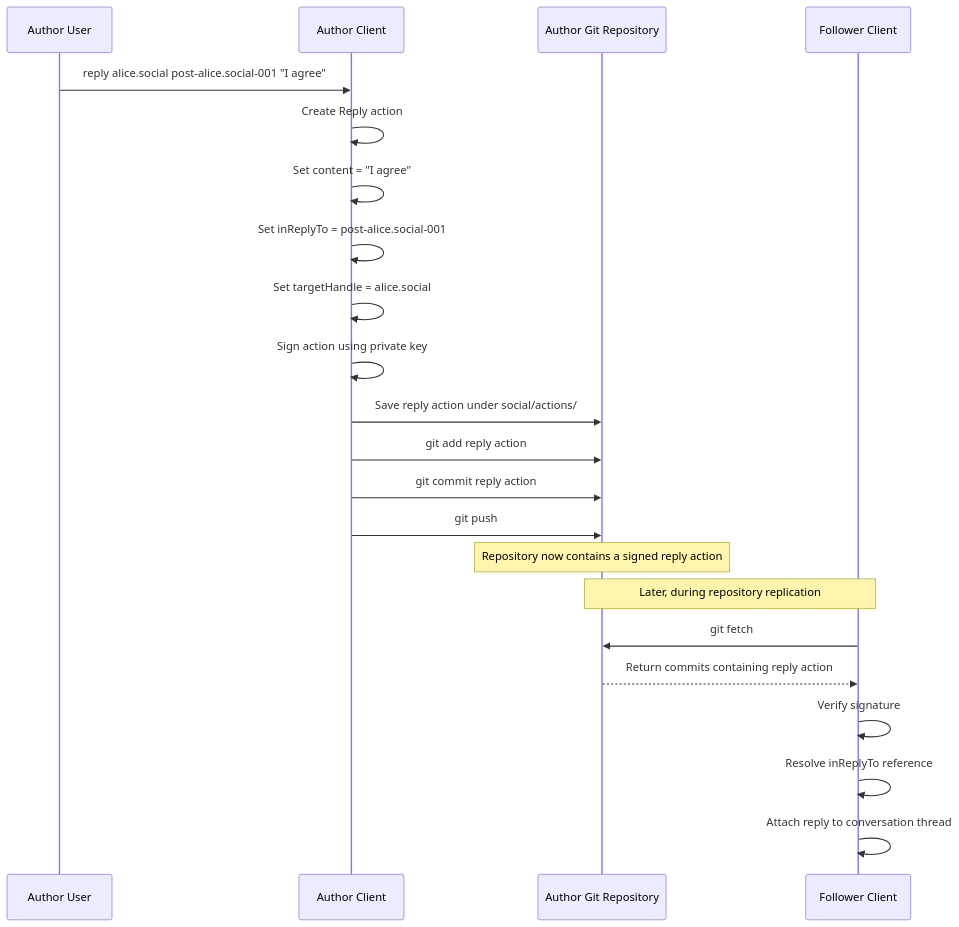
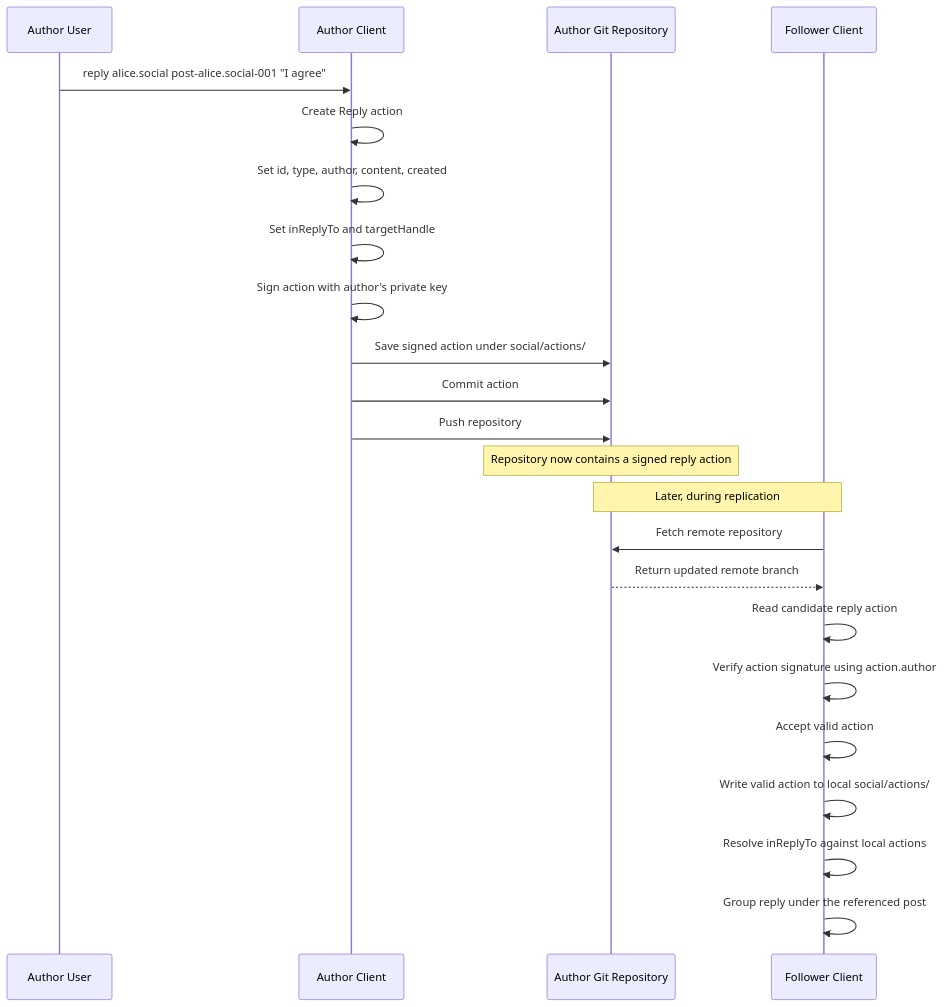
Before and after one commit to gargster/ELEC4712_Decentralised_Blog: the third of 6 diagrams in latest_design.md, drawn with Mermaid. The commit also changed other lines of this file and 2 other files, not shown here.

Commit message:
updated diagrams

````diff
--- a/latest_design.md
+++ b/latest_design.md
@@ -64,31 +70,32 @@
 ```mermaid
 sequenceDiagram
     participant Author as Author User
     participant Client as Author Client
     participant Repo as Author Git Repository
     participant Follower as Follower Client
 
     Author->>Client: reply alice.social post-alice.social-001 "I agree"
 
     Client->>Client: Create Reply action
-    Client->>Client: Set content = "I agree"
-    Client->>Client: Set inReplyTo = post-alice.social-001
-    Client->>Client: Set targetHandle = alice.social
-    Client->>Client: Sign action using private key
+    Client->>Client: Set id, type, author, content, created
+    Client->>Client: Set inReplyTo and targetHandle
+    Client->>Client: Sign action with author's private key
 
-    Client->>Repo: Save reply action under social/actions/
-    Client->>Repo: git add reply action
-    Client->>Repo: git commit reply action
-    Client->>Repo: git push
+    Client->>Repo: Save signed action under social/actions/
+    Client->>Repo: Commit action
+    Client->>Repo: Push repository
 
     Note over Repo: Repository now contains a signed reply action
+    Note over Repo,Follower: Later, during replication
 
-    Note over Repo,Follower: Later, during repository replication
+    Follower->>Repo: Fetch remote repository
+    Repo-->>Follower: Return updated remote branch
 
-    Follower->>Repo: git fetch
-    Repo-->>Follower: Return commits containing reply action
+    Follower->>Follower: Read candidate reply action
+    Follower->>Follower: Verify action signature using action.author
+    Follower->>Follower: Accept valid action
+    Follower->>Follower: Write valid action to local social/actions/
 
-    Follower->>Follower: Verify signature
-    Follower->>Follower: Resolve inReplyTo reference
-    Follower->>Follower: Attach reply to conversation thread
+    Follower->>Follower: Resolve inReplyTo against local actions
+    Follower->>Follower: Group reply under the referenced post
 ```
````
